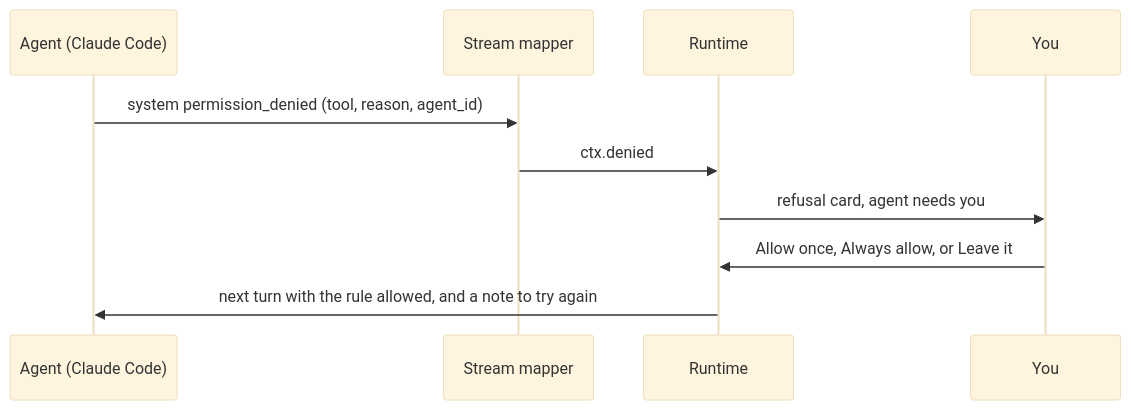
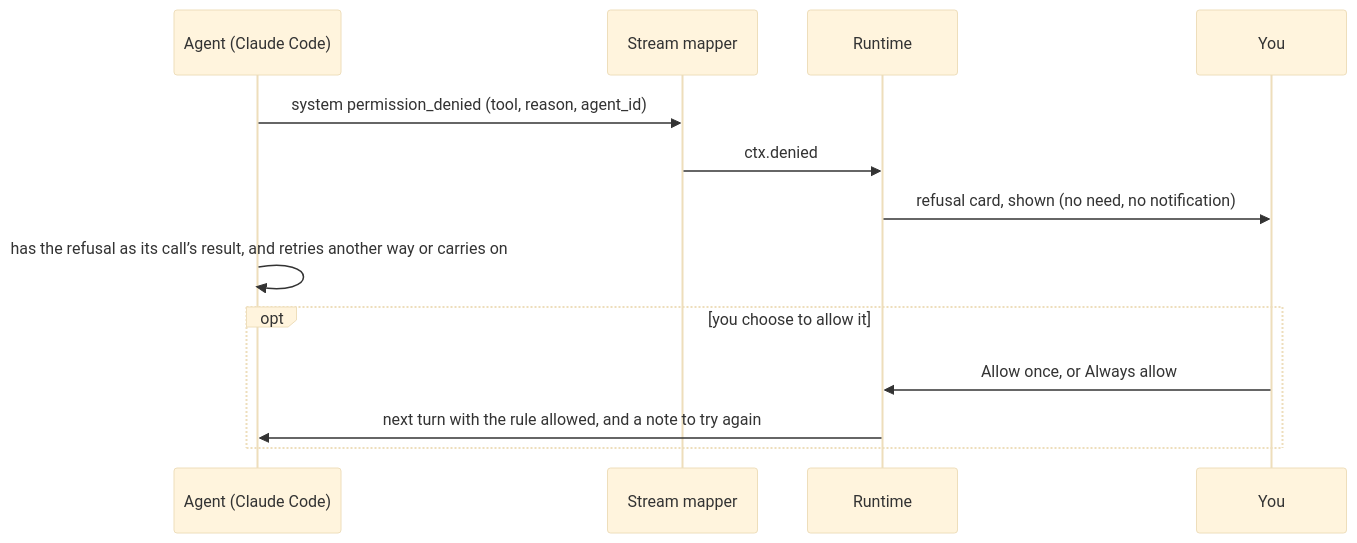
One commit to HJeon139/postbox changed the fourth of 12 diagrams in designs/architecture.md. Above: the diagram before and after it, drawn with Mermaid (base theme). The commit also changed other lines of this file and 23 other files, not shown here.

First line of the commit message:
fix(needs): a refused tool call shows what happened and never needs you

````diff
--- a/designs/architecture.md
+++ b/designs/architecture.md
@@ -236,12 +235,15 @@
 ```mermaid
 sequenceDiagram
   participant A as Agent (Claude Code)
   participant S as Stream mapper
   participant R as Runtime
   participant Y as You
   A->>S: system permission_denied (tool, reason, agent_id)
   S->>R: ctx.denied
-  R->>Y: refusal card, agent needs you
-  Y->>R: Allow once, Always allow, or Leave it
-  R->>A: next turn with the rule allowed, and a note to try again
+  R->>Y: refusal card, shown (no need, no notification)
+  A->>A: has the refusal as its call’s result, and retries another way or carries on
+  opt you choose to allow it
+    Y->>R: Allow once, or Always allow
+    R->>A: next turn with the rule allowed, and a note to try again
+  end
 ```
````
